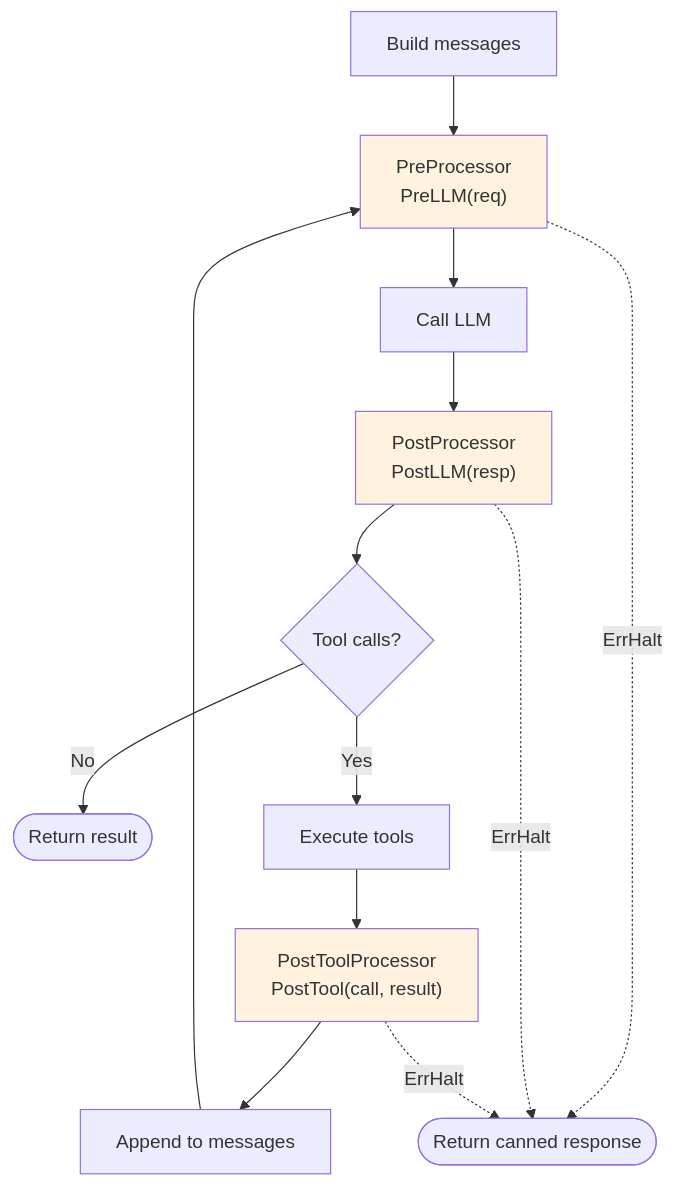
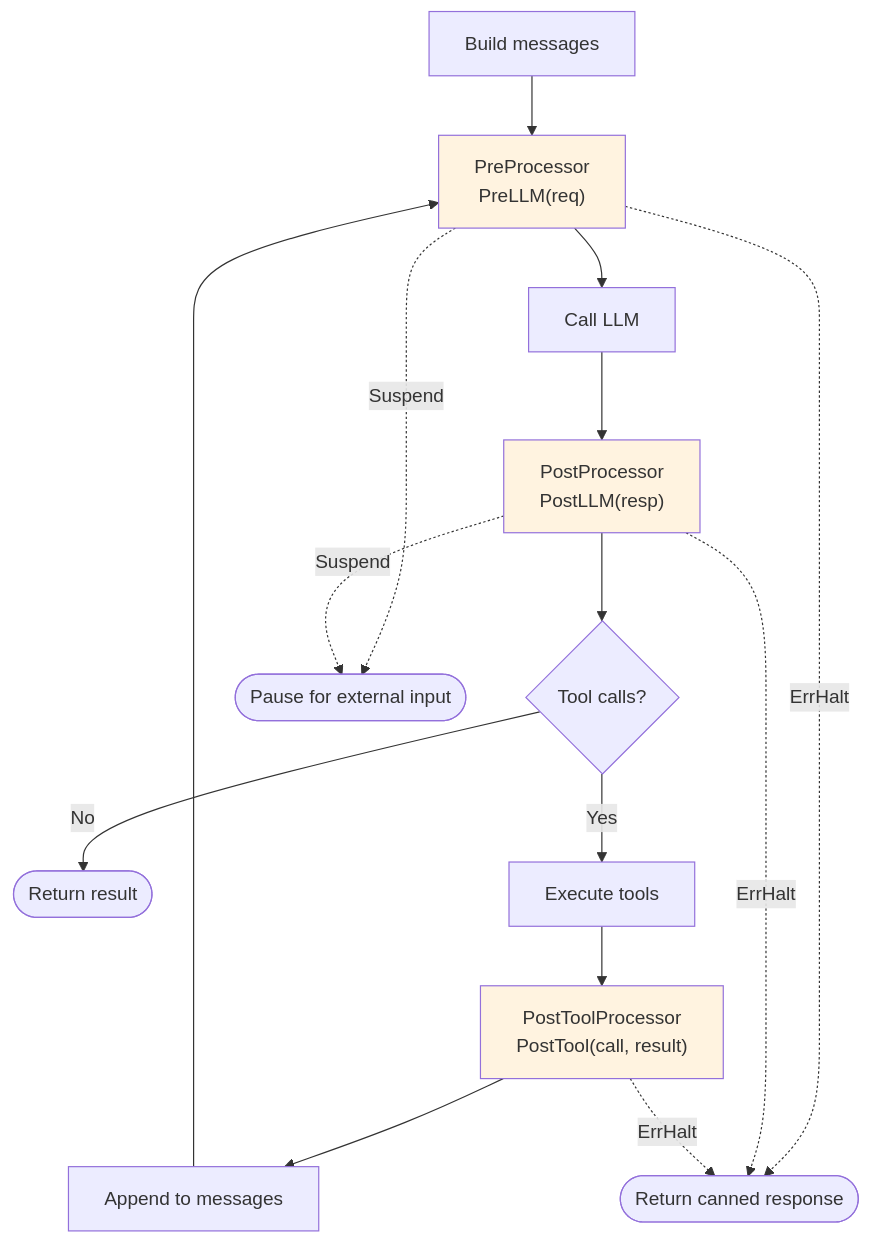
One commit to nevindra/oasis changed the diagram in docs/concepts/processor.md. Above: the diagram before and after it, drawn with Mermaid. The commit also changed other lines of this file and 25 other files, not shown here.

````diff
--- a/docs/concepts/processor.md
+++ b/docs/concepts/processor.md
@@ -7,20 +7,22 @@
 ```mermaid
 flowchart TD
     INPUT[Build messages] --> PRE["PreProcessor<br>PreLLM(req)"]
     PRE --> LLM[Call LLM]
     LLM --> POST["PostProcessor<br>PostLLM(resp)"]
     POST --> CHECK{Tool calls?}
     CHECK -->|No| DONE([Return result])
     CHECK -->|Yes| EXEC[Execute tools]
     EXEC --> POSTTOOL["PostToolProcessor<br>PostTool(call, result)"]
     POSTTOOL --> APPEND[Append to messages]
     APPEND --> PRE
 
     PRE -.->|ErrHalt| HALT([Return canned response])
     POST -.->|ErrHalt| HALT
     POSTTOOL -.->|ErrHalt| HALT
+    PRE -.->|Suspend| PAUSE([Pause for external input])
+    POST -.->|Suspend| PAUSE
 
     style PRE fill:#fff3e0
     style POST fill:#fff3e0
     style POSTTOOL fill:#fff3e0
 ```
````
